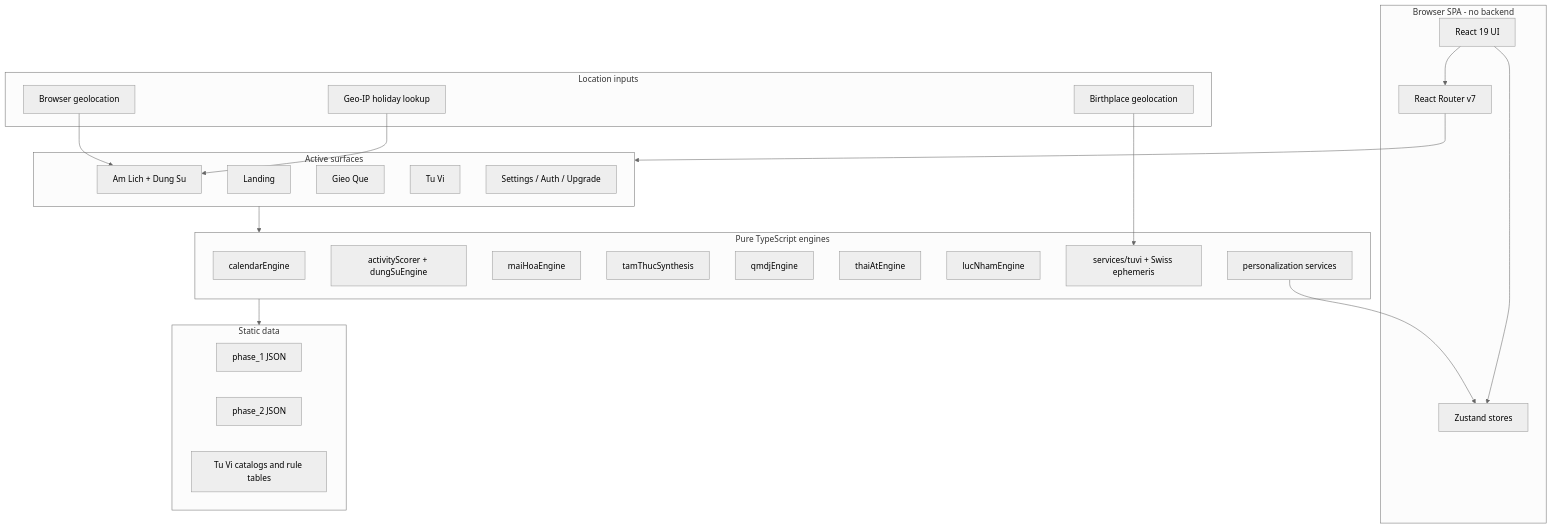
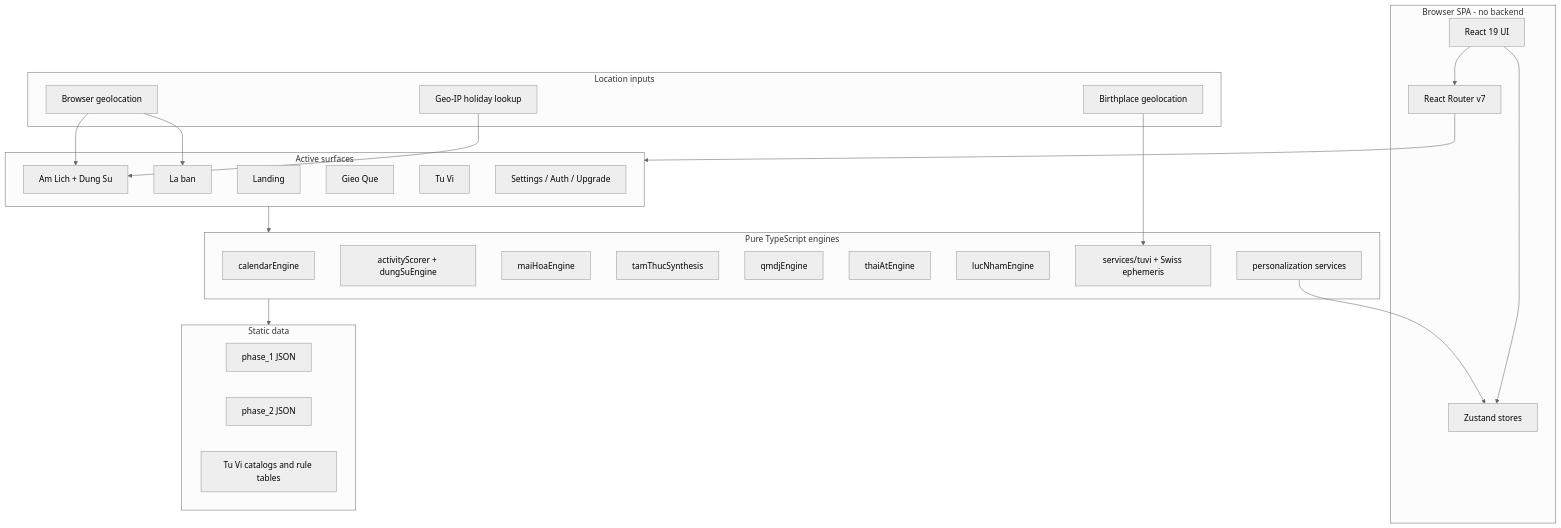
The first of 2 diagrams in docs/tech/ARCHITECTURE.md (jakessteve/lich-viet-android), drawn with Mermaid (neutral theme) before and after one commit. The commit also changed other lines of this file and 37 other files, not shown here.

````diff
--- a/docs/tech/ARCHITECTURE.md
+++ b/docs/tech/ARCHITECTURE.md
@@ -56,48 +58,50 @@
 ```mermaid
 graph TB
     subgraph Browser["Browser SPA - no backend"]
         UI["React 19 UI"]
         Router["React Router v7"]
         Stores["Zustand stores"]
     end
 
     subgraph Surfaces["Active surfaces"]
         Landing["Landing"]
         AmLich["Am Lich + Dung Su"]
+        LaBan["La ban"]
         GieoQue["Gieo Que"]
         TuVi["Tu Vi"]
         Support["Settings / Auth / Upgrade"]
     end
 
     subgraph Engines["Pure TypeScript engines"]
         Calendar["calendarEngine"]
         DungSu["activityScorer + dungSuEngine"]
         MaiHoa["maiHoaEngine"]
         TamThuc["tamThucSynthesis"]
         QMDJ["qmdjEngine"]
         ThaiAt["thaiAtEngine"]
         LucNham["lucNhamEngine"]
         TuViEng["services/tuvi + Swiss ephemeris"]
         Personal["personalization services"]
     end
 
     subgraph Location["Location inputs"]
         BrowserGeo["Browser geolocation"]
         GeoIp["Geo-IP holiday lookup"]
         Birthplace["Birthplace geolocation"]
     end
 
     subgraph Data["Static data"]
         Phase1["phase_1 JSON"]
         Phase2["phase_2 JSON"]
         TuViData["Tu Vi catalogs and rule tables"]
     end
 
     UI --> Router --> Surfaces
     UI --> Stores
     Surfaces --> Engines --> Data
     BrowserGeo --> AmLich
+    BrowserGeo --> LaBan
     GeoIp --> AmLich
     Birthplace --> TuViEng
     Personal --> Stores
 ```
````
